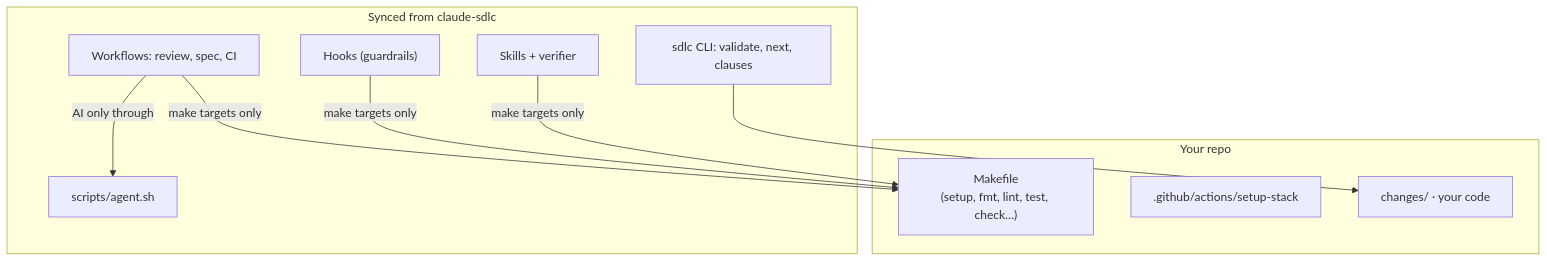
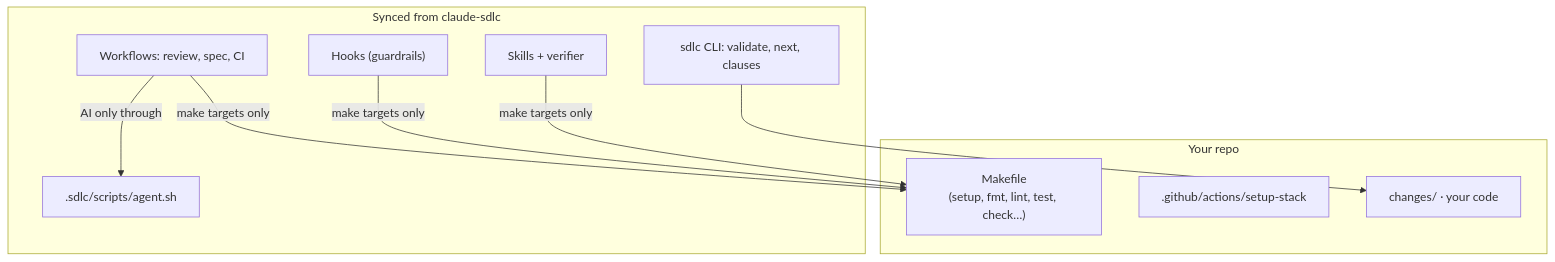
The third of 4 diagrams in readme.md (stickleprojects/claude-sdlc), drawn with Mermaid before and after one commit. The commit also changed other lines of this file and 135 other files, not shown here.

````diff
--- a/readme.md
+++ b/readme.md
@@ -102,20 +102,20 @@
 ```mermaid
 flowchart TB
     subgraph you["Your repo"]
         mk["Makefile<br/>(setup, fmt, lint, test, check…)"]
         stack[".github/actions/setup-stack"]
         work["changes/ · your code"]
     end
     subgraph fw["Synced from claude-sdlc"]
         skills["Skills + verifier"]
         hooks["Hooks (guardrails)"]
         wf["Workflows: review, spec, CI"]
         cli["sdlc CLI: validate, next, clauses"]
-        agent["scripts/agent.sh"]
+        agent[".sdlc/scripts/agent.sh"]
     end
     skills -->|make targets only| mk
     hooks -->|make targets only| mk
     wf -->|make targets only| mk
     wf -->|AI only through| agent
     cli --> work
 ```
````
